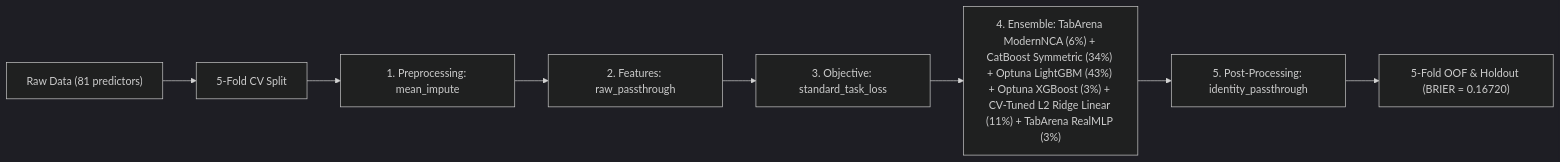
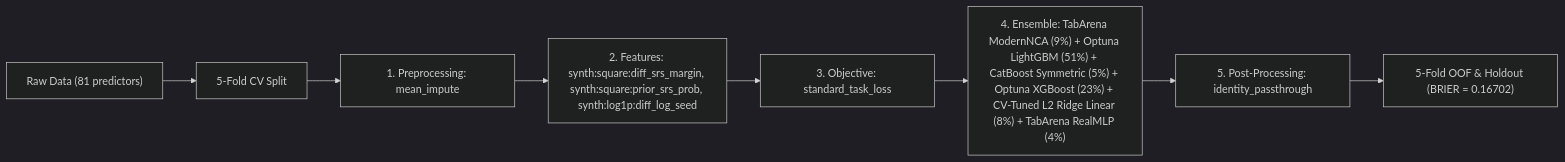
One commit to stefanoclss/March-Machine-Learning-Mania-2026 changed the diagram in README.md. Above: the diagram before and after it, drawn with Mermaid (dark theme). The commit also changed other lines of this file, not shown here.

First line of the commit message:
docs(readme): refresh verified OOF benchmark & build ledger (BRIER=0.16702)

````diff
--- a/README.md
+++ b/README.md
@@ -77,10 +79,10 @@
 ```mermaid
 flowchart LR
     DATA["Raw Data (81 predictors)"] --> SPLIT["5-Fold CV Split"]
     SPLIT --> PRE["1. Preprocessing: mean_impute"]
-    PRE --> FEAT["2. Features: raw_passthrough"]
+    PRE --> FEAT["2. Features: synth:square:diff_srs_margin, synth:square:prior_srs_prob, synth:log1p:diff_log_seed"]
     FEAT --> OBJ["3. Objective: standard_task_loss"]
-    OBJ --> M0["4. Ensemble: TabArena ModernNCA (6%) + CatBoost Symmetric (34%) + Optuna LightGBM (43%) + Optuna XGBoost (3%) + CV-Tuned L2 Ridge Linear (11%) + TabArena RealMLP (3%)"]
+    OBJ --> M0["4. Ensemble: TabArena ModernNCA (9%) + Optuna LightGBM (51%) + CatBoost Symmetric (5%) + Optuna XGBoost (23%) + CV-Tuned L2 Ridge Linear (8%) + TabArena RealMLP (4%)"]
     M0 --> POST["5. Post-Processing: identity_passthrough"]
-    POST --> OUT["5-Fold OOF & Holdout (BRIER = 0.16720)"]
+    POST --> OUT["5-Fold OOF & Holdout (BRIER = 0.16702)"]
 ```
````
